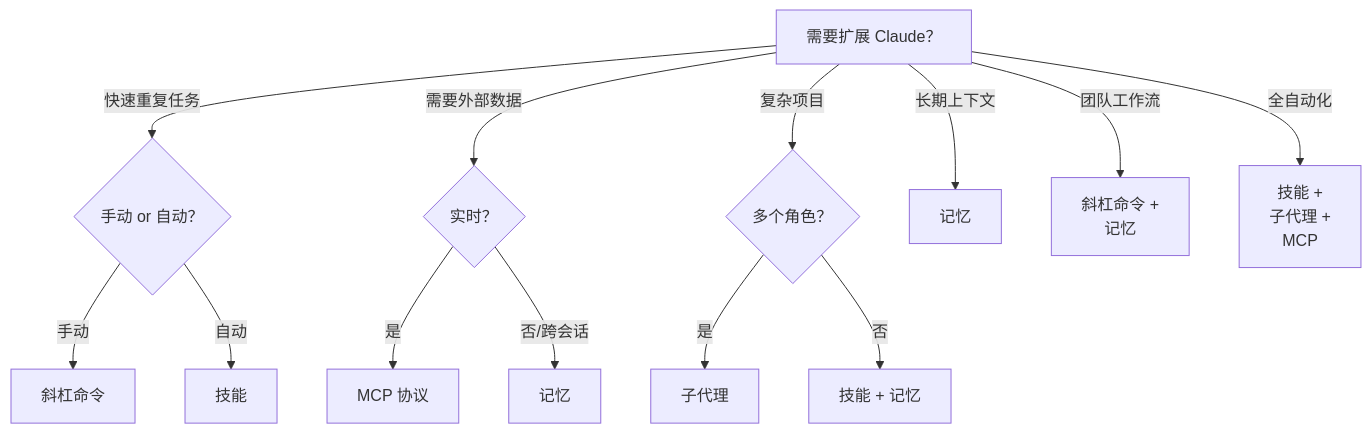
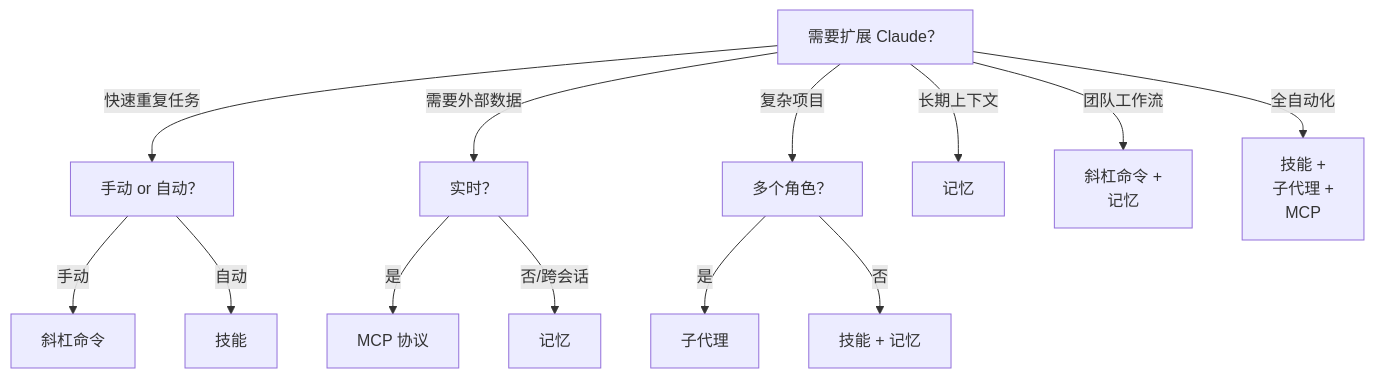
Diagram 31 of 31 in claude_concepts_guide.md (Rx782-Fss/claude-howto-zh), drawn with Mermaid before and after one commit. The commit also changed other lines of this file and 3 other files, not shown here.

Commit message:
fix: 将所有 Mermaid 菱形节点{}中文改为方形[]避免 GitHub Parse error (10处)

````diff
--- a/claude_concepts_guide.md
+++ b/claude_concepts_guide.md
@@ -2731,20 +2731,20 @@
 ```mermaid
 graph TD
     Start["需要扩展 Claude？"]
 
-    Start -->|快速重复任务| A{"手动 or 自动？"}
+    Start -->|快速重复任务| A["手动 or 自动？"]
     A -->|手动| B["斜杠命令"]
     A -->|自动| C["技能"]
 
-    Start -->|需要外部数据| D{"实时？"}
+    Start -->|需要外部数据| D["实时？"]
     D -->|是| E["MCP 协议"]
     D -->|否/跨会话| F["记忆"]
 
-    Start -->|复杂项目| G{"多个角色？"}
+    Start -->|复杂项目| G["多个角色？"]
     G -->|是| H["子代理"]
     G -->|否| I["技能 + 记忆"]
 
     Start -->|长期上下文| J["记忆"]
     Start -->|团队工作流| K["斜杠命令 +<br/>记忆"]
     Start -->|全自动化| L["技能 +<br/>子代理 +<br/>MCP"]
 ```
````
